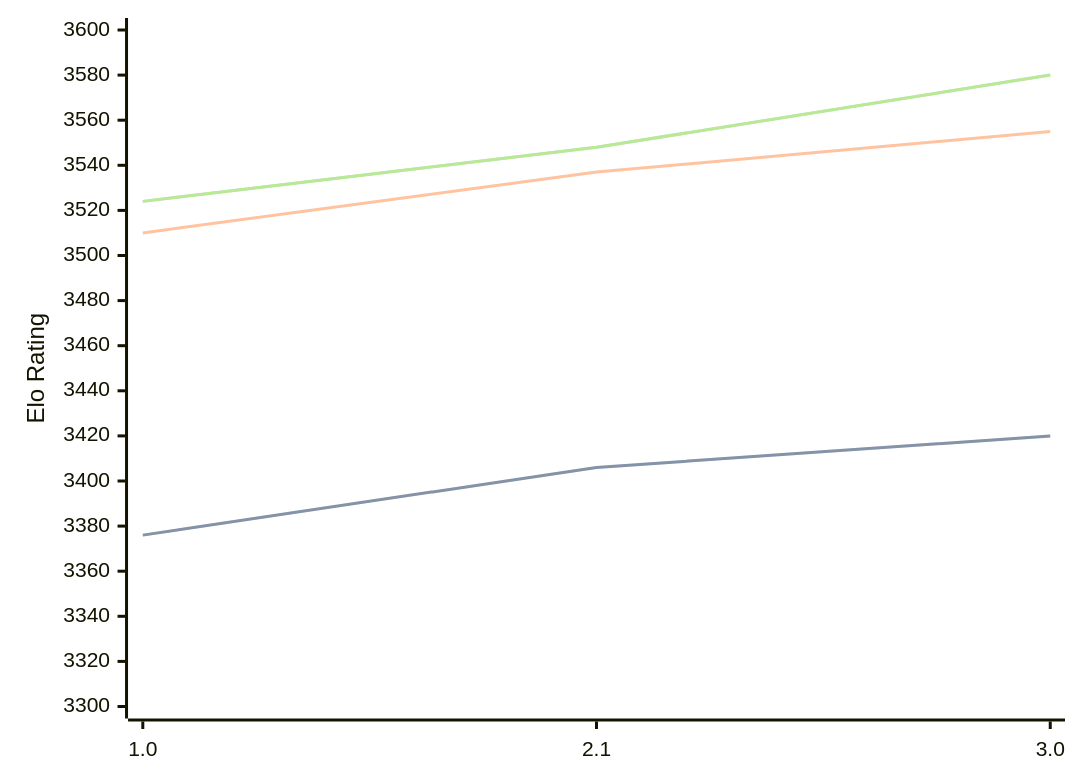
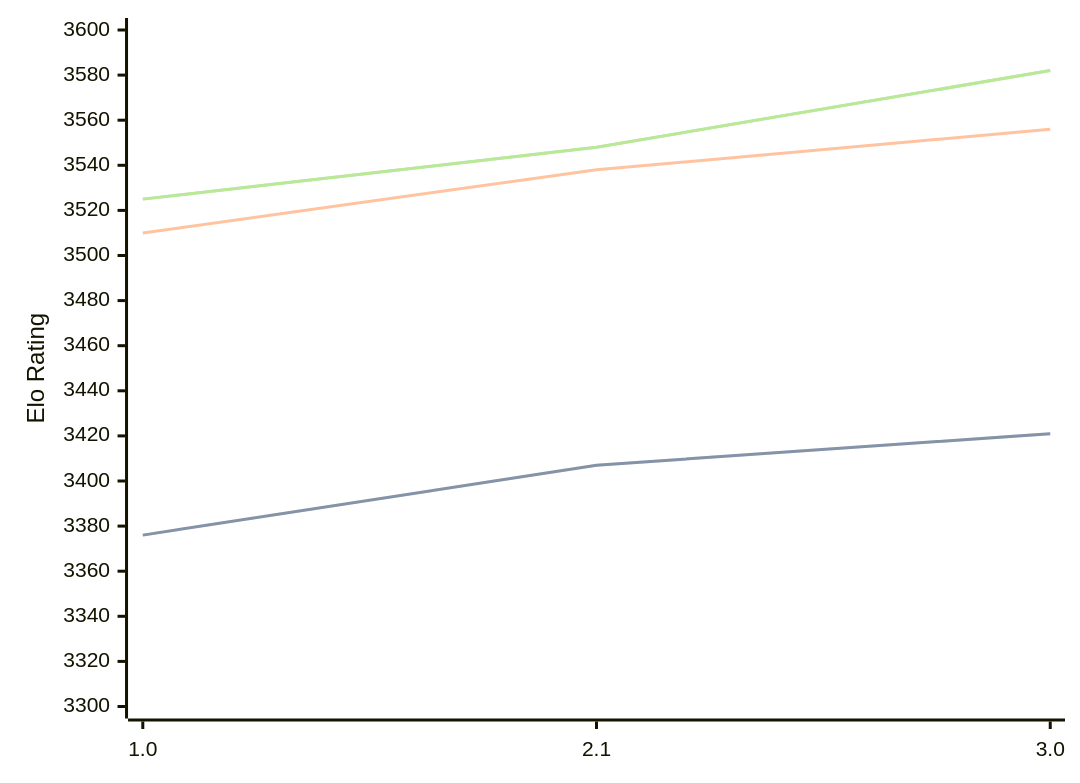
One commit to computer-chess-index/cci changed the diagram in engines/Hobbes.md. Above: the diagram before and after it, drawn with Mermaid. The commit also changed other lines of this file, not shown here.

Commit message:
Update CCI Ratings (ELO VLTC) - 2026-09-14

````diff
--- a/engines/Hobbes.md
+++ b/engines/Hobbes.md
@@ -33,11 +33,11 @@
 ```mermaid
 %%{init: {"theme":"base","themeVariables":{"seriesColors:['#a3a3a3','#222221','#faa371']}}}%%
 xychart-beta
   x-axis ["1.0", "2.1", "3.0"]
   y-axis "Elo Rating" 3300 --> 3600
-  line "" [3376, 3406, 3420]
-  line "STC (8.0+0.08s)" [3376, 3406, 3420]
-  line "LTC (60.0+0.60s)" [3510, 3537, 3555]
-  line "" [3524, 3548, 3580]
-  line "VLTC (2m24s+1.12s)" [3524, 3548, 3580]
+  line "" [3376, 3407, 3421]
+  line "STC (8.0+0.08s)" [3376, 3407, 3421]
+  line "LTC (60.0+0.60s)" [3510, 3538, 3556]
+  line "" [3525, 3548, 3582]
+  line "VLTC (2m24s+1.12s)" [3525, 3548, 3582]
 ```
````
